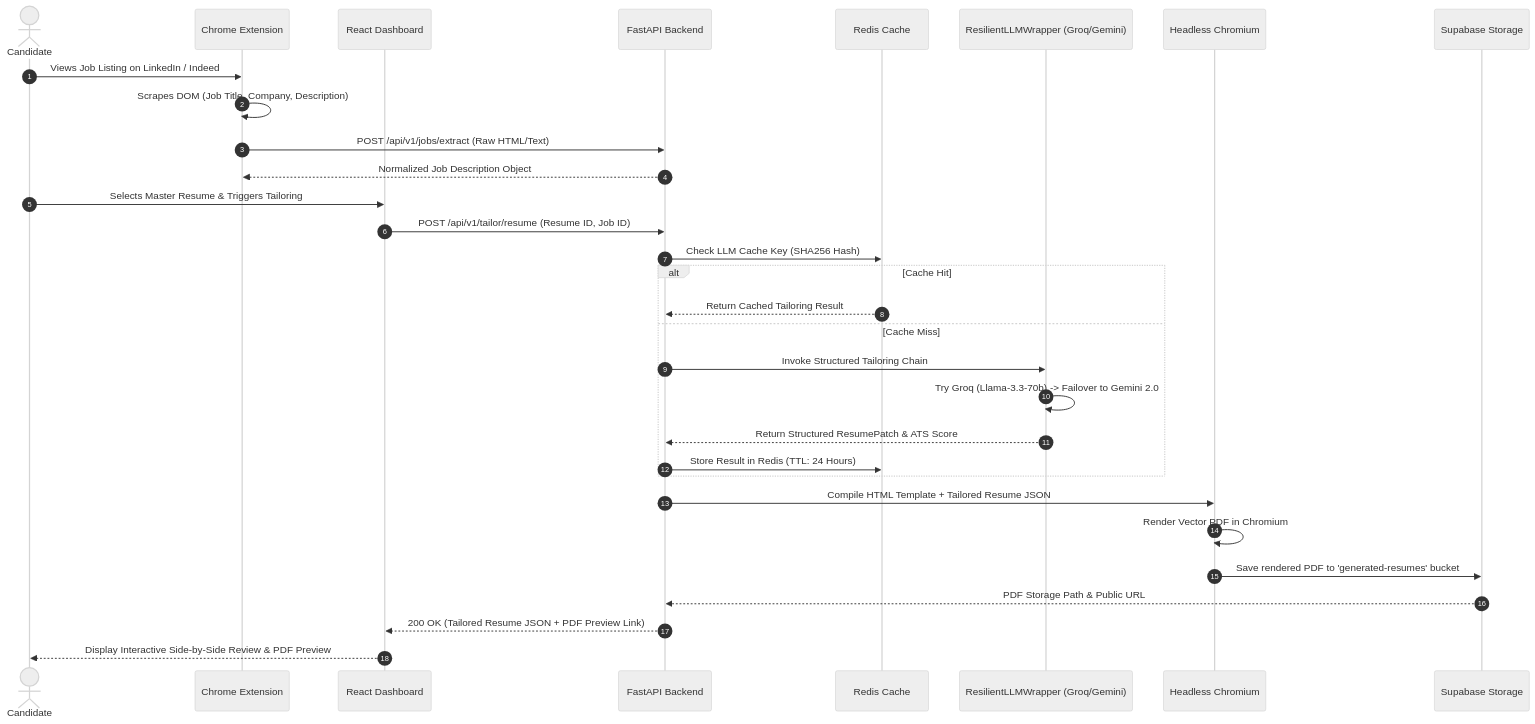
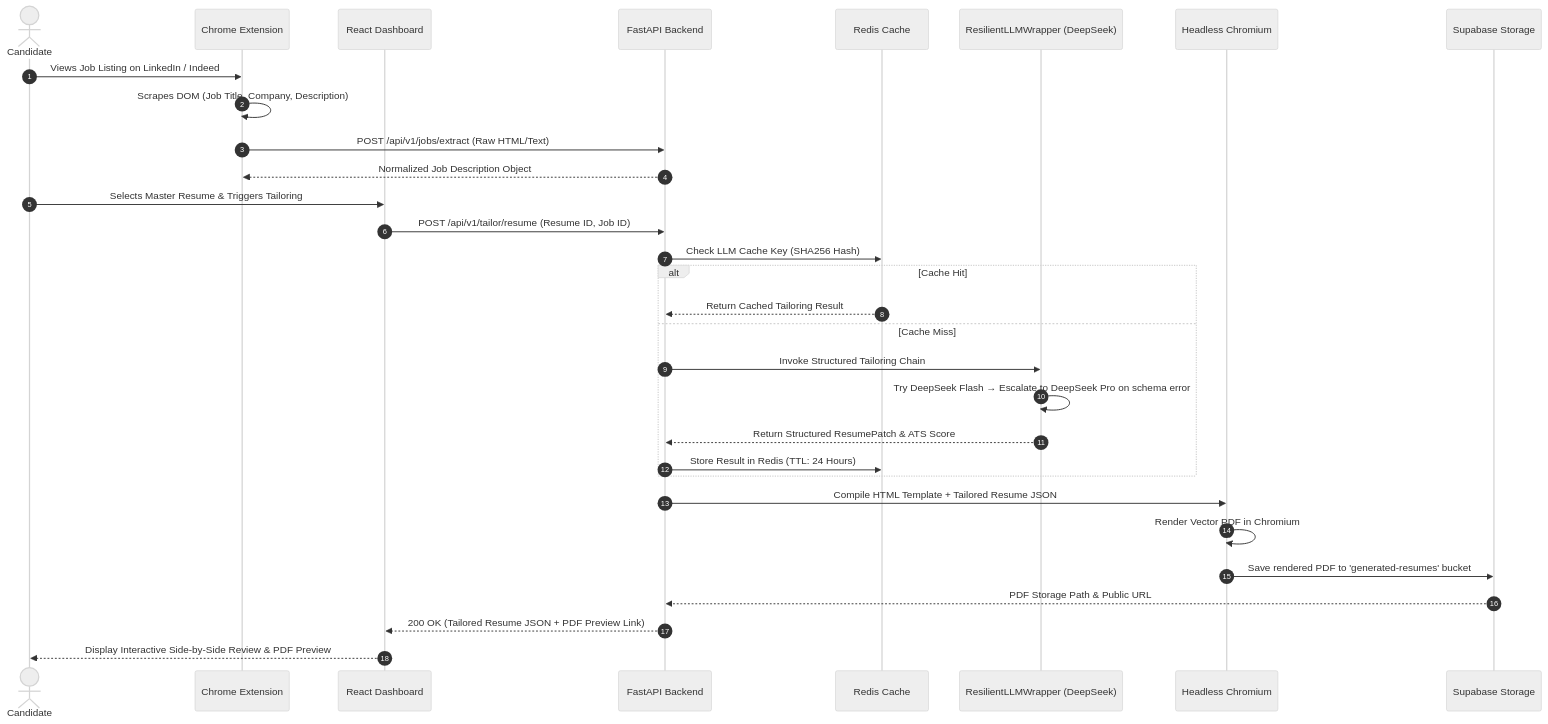
Before and after one commit to Narendra-bot07/chrome-extension: the second of 2 diagrams in docs/ARCHITECTURE.md, drawn with Mermaid (neutral theme). The commit also changed other lines of this file and 108 other files, not shown here.

````diff
--- a/docs/ARCHITECTURE.md
+++ b/docs/ARCHITECTURE.md
@@ -77,38 +77,38 @@
 ```mermaid
 sequenceDiagram
     autonumber
     actor Candidate
     participant ChromeExt as Chrome Extension
     participant Frontend as React Dashboard
     participant API as FastAPI Backend
     participant Redis as Redis Cache
-    participant LLM as ResilientLLMWrapper (Groq/Gemini)
+    participant LLM as ResilientLLMWrapper (DeepSeek)
     participant Playwright as Headless Chromium
     participant Storage as Supabase Storage
 
     Candidate->>ChromeExt: Views Job Listing on LinkedIn / Indeed
     ChromeExt->>ChromeExt: Scrapes DOM (Job Title, Company, Description)
     ChromeExt->>API: POST /api/v1/jobs/extract (Raw HTML/Text)
     API-->>ChromeExt: Normalized Job Description Object
     
     Candidate->>Frontend: Selects Master Resume & Triggers Tailoring
     Frontend->>API: POST /api/v1/tailor/resume (Resume ID, Job ID)
     
     API->>Redis: Check LLM Cache Key (SHA256 Hash)
     alt Cache Hit
         Redis-->>API: Return Cached Tailoring Result
     else Cache Miss
         API->>LLM: Invoke Structured Tailoring Chain
-        LLM->>LLM: Try Groq (Llama-3.3-70b) -> Failover to Gemini 2.0
+        LLM->>LLM: Try DeepSeek Flash → Escalate to DeepSeek Pro on schema error
         LLM-->>API: Return Structured ResumePatch & ATS Score
         API->>Redis: Store Result in Redis (TTL: 24 Hours)
     end
     
     API->>Playwright: Compile HTML Template + Tailored Resume JSON
     Playwright->>Playwright: Render Vector PDF in Chromium
     Playwright->>Storage: Save rendered PDF to 'generated-resumes' bucket
     Storage-->>API: PDF Storage Path & Public URL
     
     API-->>Frontend: 200 OK (Tailored Resume JSON + PDF Preview Link)
     Frontend-->>Candidate: Display Interactive Side-by-Side Review & PDF Preview
 ```
````
